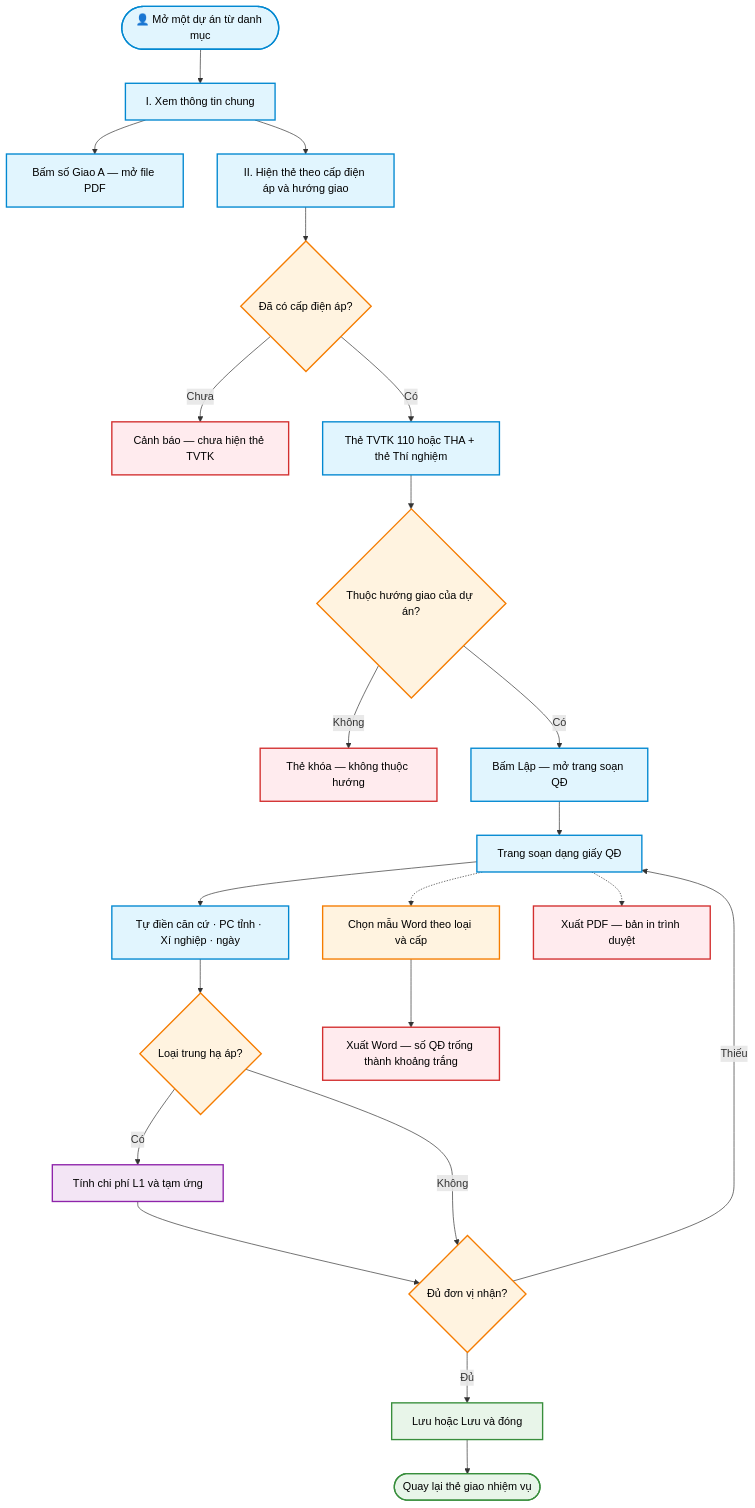
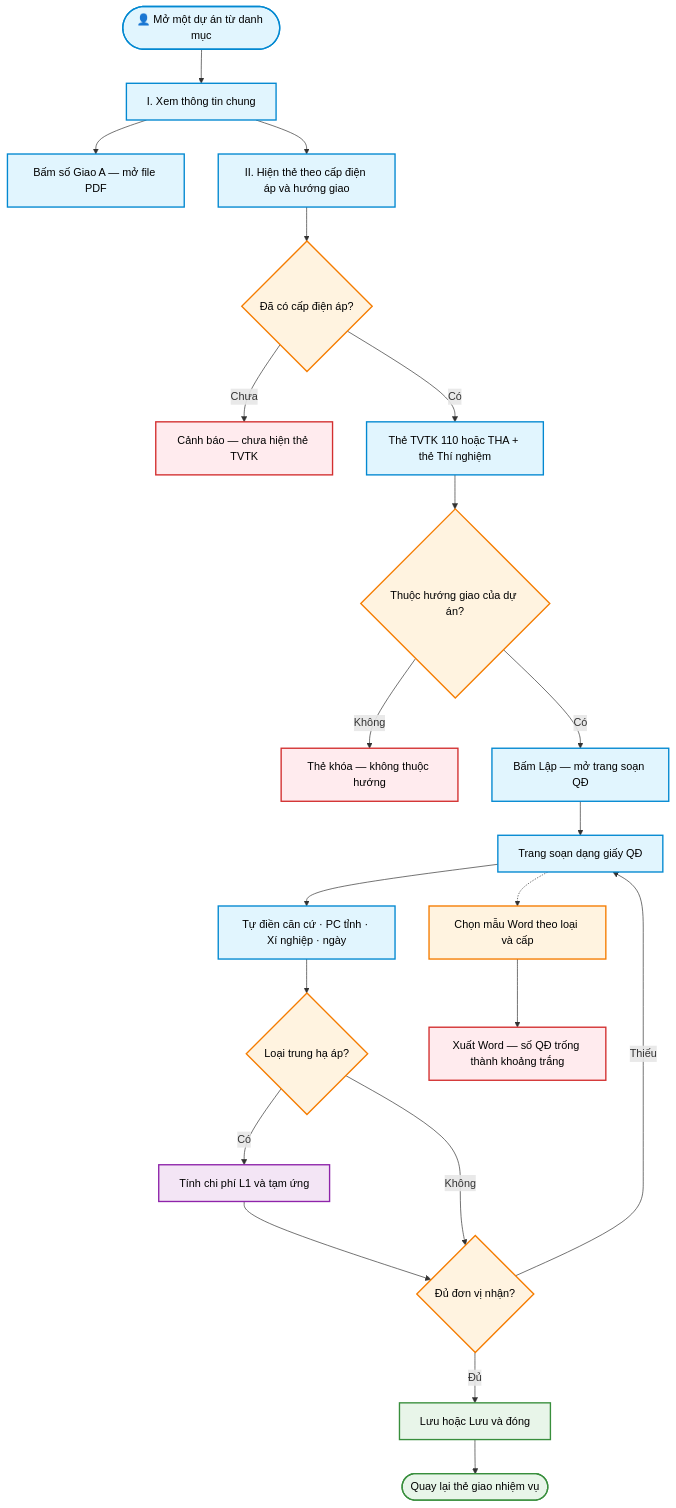
The diagram in workflows/02_giao_nhiem_vu.md (iSurvey86/gnvnpsc), drawn with Mermaid before and after one commit. The commit also changed other lines of this file and 6 other files, not shown here.

First line of the commit message:
Đóng phiên: tạm ẩn xuất PDF và làm dịu giao diện Thí nghiệm.

````diff
--- a/workflows/02_giao_nhiem_vu.md
+++ b/workflows/02_giao_nhiem_vu.md
@@ -8,49 +8,47 @@
 ```mermaid
 flowchart TD
   classDef userClass fill:#E1F5FE,stroke:#0288D1,stroke-width:2px,color:#000
   classDef processClass fill:#FFF3E0,stroke:#F57C00,stroke-width:2px,color:#000
   classDef aiClass fill:#F3E5F5,stroke:#8E24AA,stroke-width:2px,color:#000
   classDef dbClass fill:#E8F5E9,stroke:#388E3C,stroke-width:2px,color:#000
   classDef exportClass fill:#FFEBEE,stroke:#D32F2F,stroke-width:2px,color:#000
 
   Open(["👤 Mở một dự án từ danh mục"])
   Info["I. Xem thông tin chung"]
   LinkA["Bấm số Giao A — mở file PDF"]
   Sec2["II. Hiện thẻ theo cấp điện áp và hướng giao"]
   Cap{"Đã có cấp điện áp?"}
   NoCap["Cảnh báo — chưa hiện thẻ TVTK"]
   PickCard["Thẻ TVTK 110 hoặc THA + thẻ Thí nghiệm"]
   Allow{"Thuộc hướng giao của dự án?"}
   Block["Thẻ khóa — không thuộc hướng"]
   Lap["Bấm Lập — mở trang soạn QĐ"]
   Form["Trang soạn dạng giấy QĐ"]
   MacDinh["Tự điền căn cứ · PC tỉnh · Xí nghiệp · ngày"]
   Tien{"Loại trung hạ áp?"}
   L1["Tính chi phí L1 và tạm ứng"]
   Valid{"Đủ đơn vị nhận?"}
   Save["Lưu hoặc Lưu và đóng"]
   Pick["Chọn mẫu Word theo loại và cấp"]
   Word["Xuất Word — số QĐ trống thành khoảng trắng"]
-  Pdf["Xuất PDF — bản in trình duyệt"]
   End(["Quay lại thẻ giao nhiệm vụ"])
 
   Open --> Info
   Info --> LinkA
   Info --> Sec2 --> Cap
   Cap -->|Chưa| NoCap
   Cap -->|Có| PickCard --> Allow
   Allow -->|Không| Block
   Allow -->|Có| Lap --> Form --> MacDinh --> Tien
   Tien -->|Có| L1 --> Valid
   Tien -->|Không| Valid
   Valid -->|Thiếu| Form
   Valid -->|Đủ| Save --> End
   Form -.-> Pick --> Word
-  Form -.-> Pdf
 
   class Open,Info,LinkA,Sec2,PickCard,Lap,Form,MacDinh userClass
   class Cap,Allow,Valid,Tien,Pick processClass
   class L1 aiClass
   class Save,End dbClass
-  class Block,Word,Pdf,NoCap exportClass
+  class Block,Word,NoCap exportClass
 ```
````
